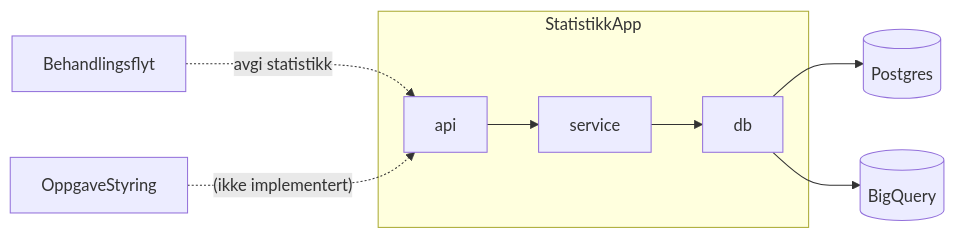
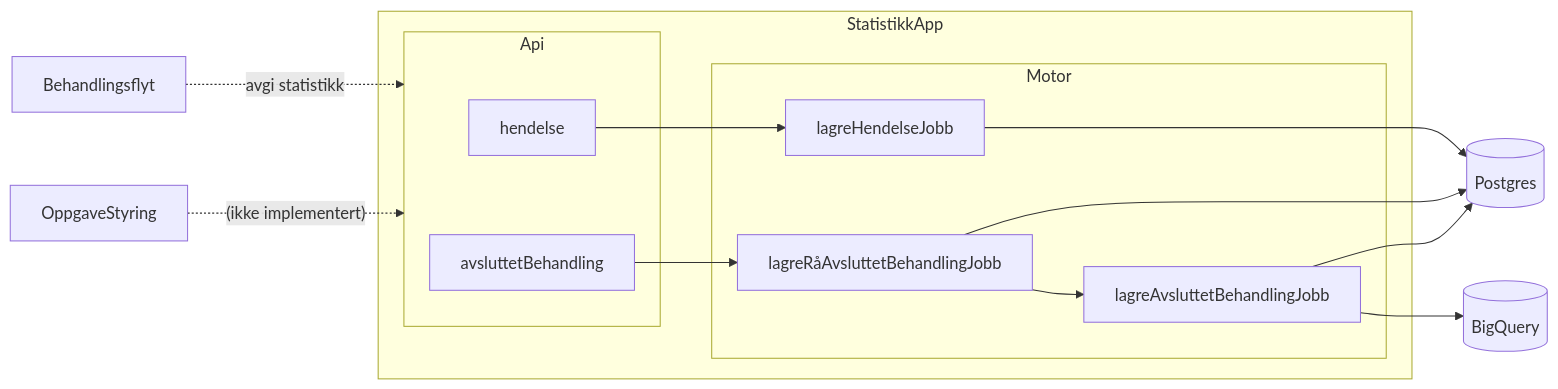
Before and after one commit to navikt/aap-intern-sysdok: the first of 2 diagrams in docs/funksjonalitet/09_Statistikk/teknisk.md, drawn with Mermaid. The commit also changed other lines of this file, not shown here.

Commit message:
Oppdatert skisse arkitetkur statistikk-app

````diff
--- a/docs/funksjonalitet/09_Statistikk/teknisk.md
+++ b/docs/funksjonalitet/09_Statistikk/teknisk.md
@@ -40,15 +41,34 @@
 ```mermaid
 graph LR
 BB[Behandlingsflyt]
 OPPG[OppgaveStyring]
+B[(Postgres)]
+C[(BigQuery)]
 
 subgraph StatistikkApp
-api --> service
-service --> db
+
+subgraph Api
+  hendelse
+  avsluttetBehandling
 end
 
-BB -. avgi statistikk .-> api
-OPPG -. (ikke implementert) .-> api
-db --> B[(Postgres)]
-db --> C[(BigQuery)]
+subgraph Motor
+
+lagreHendelseJobb
+lagreRåAvsluttetBehandlingJobb
+lagreAvsluttetBehandlingJobb
+
+end
+hendelse --> lagreHendelseJobb
+avsluttetBehandling --> lagreRåAvsluttetBehandlingJobb
+end
+
+lagreRåAvsluttetBehandlingJobb --> B
+lagreRåAvsluttetBehandlingJobb --> lagreAvsluttetBehandlingJobb
+lagreHendelseJobb --> B
+lagreAvsluttetBehandlingJobb --> B
+lagreAvsluttetBehandlingJobb --> C
+
+BB -. avgi statistikk .-> Api
+OPPG -. (ikke implementert) .-> Api
 ```
````
